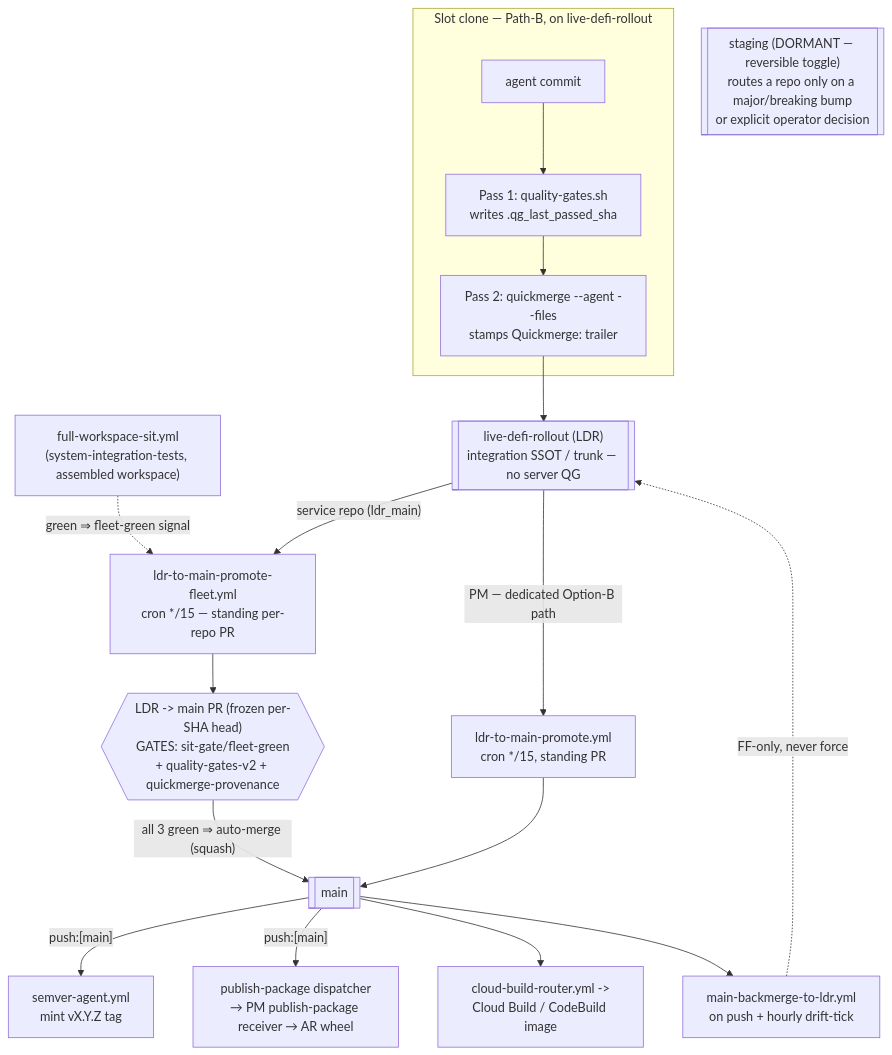
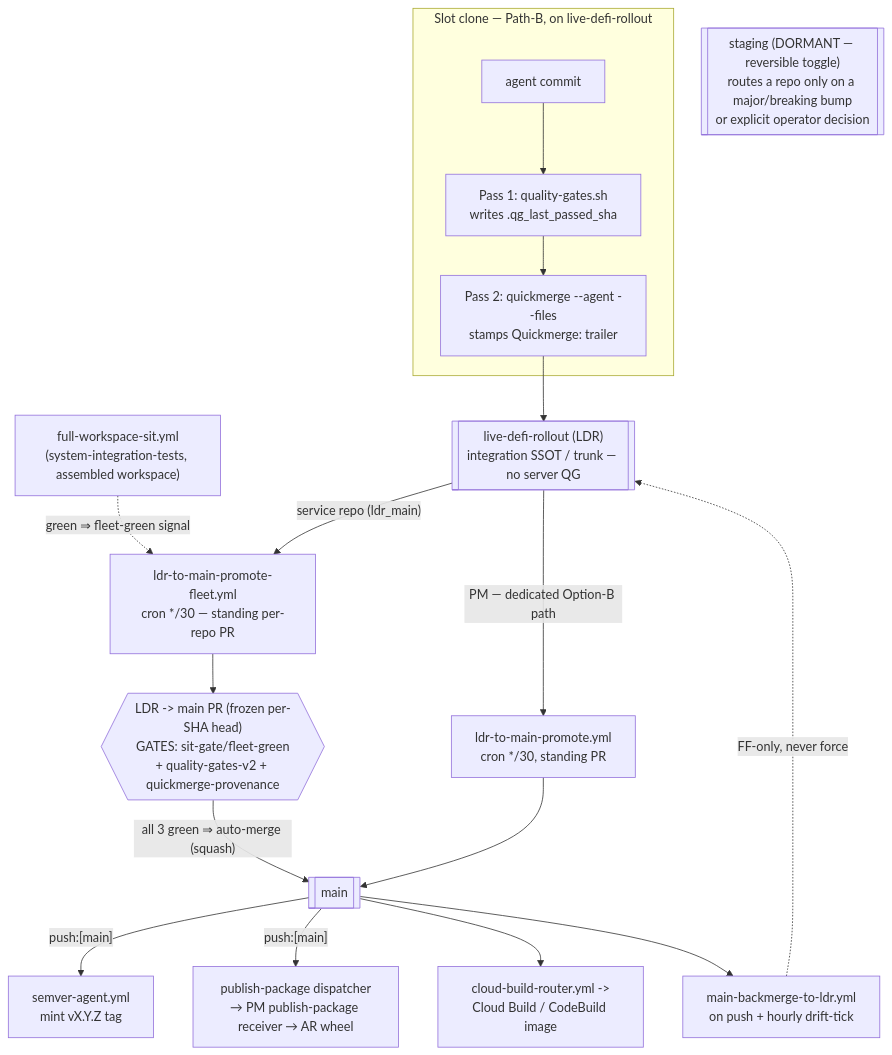
Before and after one commit to IggyIkenna/unified-trading-pm: the diagram in codex/08-workflows/ci-cd-flow.md, drawn with Mermaid. The commit also changed other lines of this file and 3 other files, not shown here.

First line of the commit message:
docs(codex): correct stale */15 promote-bot cadence references to */30 across ci-cd-flow, deployment-flow, act-preflight-coverage, and AO escalation wall-types; realign the escalation doc's stale T+15/T+30 staggered debounce description to the actual T+30-aligned design

````diff
--- a/codex/08-workflows/ci-cd-flow.md
+++ b/codex/08-workflows/ci-cd-flow.md
@@ -156,20 +160,20 @@
 ```mermaid
 flowchart TB
     subgraph dev["Slot clone — Path-B, on live-defi-rollout"]
         commit["agent commit"] --> qg1["Pass 1: quality-gates.sh<br/>writes .qg_last_passed_sha"]
         qg1 --> qm["Pass 2: quickmerge --agent --files<br/>stamps Quickmerge: trailer"]
     end
     qm --> ldr[["live-defi-rollout (LDR)<br/>integration SSOT / trunk — no server QG"]]
     sit["full-workspace-sit.yml<br/>(system-integration-tests, assembled workspace)"] -.->|"green ⇒ fleet-green signal"| fleet
-    ldr -->|"service repo (ldr_main)"| fleet["ldr-to-main-promote-fleet.yml<br/>cron */15 — standing per-repo PR"]
+    ldr -->|"service repo (ldr_main)"| fleet["ldr-to-main-promote-fleet.yml<br/>cron */30 — standing per-repo PR"]
     fleet --> ppr{{"LDR -&gt; main PR (frozen per-SHA head)<br/>GATES: sit-gate/fleet-green<br/>+ quality-gates-v2 + quickmerge-provenance"}}
     ppr -->|"all 3 green ⇒ auto-merge (squash)"| main[["main"]]
-    ldr -->|"PM — dedicated Option-B path"| pmpr["ldr-to-main-promote.yml<br/>cron */15, standing PR"]
+    ldr -->|"PM — dedicated Option-B path"| pmpr["ldr-to-main-promote.yml<br/>cron */30, standing PR"]
     pmpr --> main
     main -->|"push:[main]"| semver["semver-agent.yml<br/>mint vX.Y.Z tag"]
     main -->|"push:[main]"| pub["publish-package dispatcher<br/>→ PM publish-package receiver → AR wheel"]
     main --> img["cloud-build-router.yml -&gt;<br/>Cloud Build / CodeBuild image"]
     main --> bm["main-backmerge-to-ldr.yml<br/>on push + hourly drift-tick"]
     bm -.->|"FF-only, never force"| ldr
     staging[["staging (DORMANT — reversible toggle)<br/>routes a repo only on a major/breaking bump<br/>or explicit operator decision"]]
 ```
````
